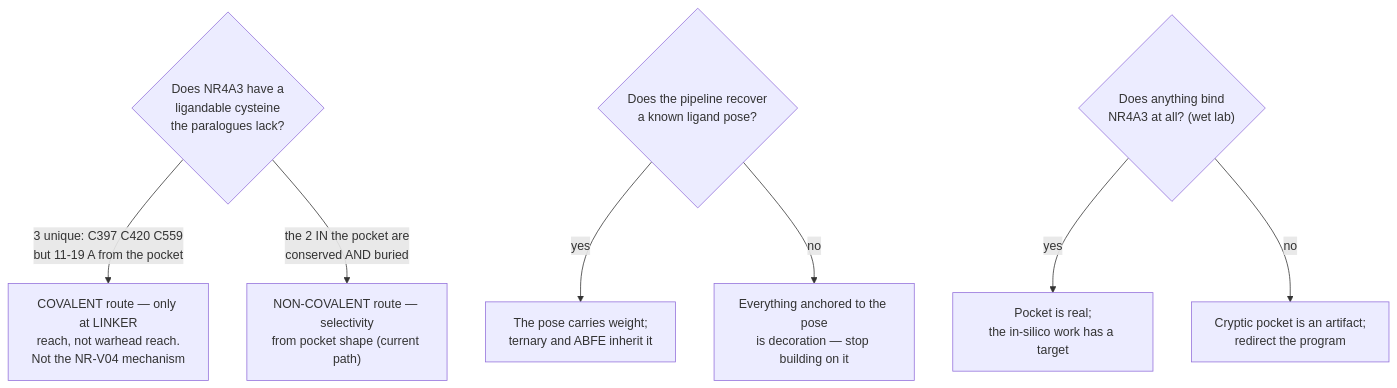
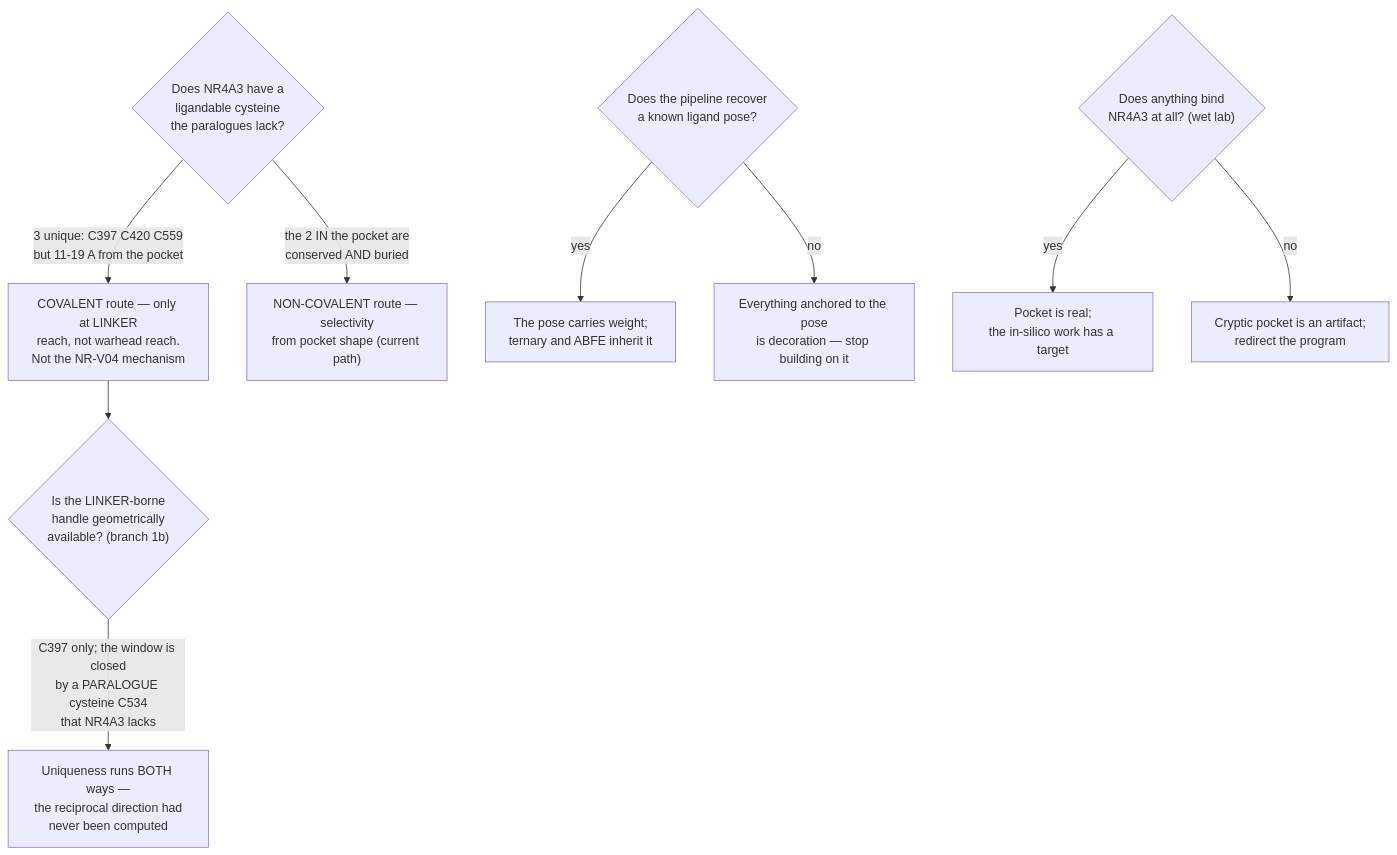
The second of 3 diagrams in research/manuscripts/nr4a3-program-map.md (trimcrae/Rare-cancers), drawn with Mermaid before and after one commit. The commit also changed other lines of this file and 2 other files, not shown here.

First line of the commit message:
Port: linker-covalent reach admissibility filter + program-map branch 1b

````diff
--- a/research/manuscripts/nr4a3-program-map.md
+++ b/research/manuscripts/nr4a3-program-map.md
@@ -96,12 +96,14 @@
 ```mermaid
 graph TD
   Q1{"Does NR4A3 have a<br/>ligandable cysteine<br/>the paralogues lack?"}
   Q1 -->|"3 unique: C397 C420 C559<br/>but 11-19 A from the pocket"| COV["COVALENT route — only at LINKER<br/>reach, not warhead reach.<br/>Not the NR-V04 mechanism"]
+  COV --> Q1B{"Is the LINKER-borne<br/>handle geometrically<br/>available? (branch 1b)"}
+  Q1B -->|"C397 only; the window is closed<br/>by a PARALOGUE cysteine C534<br/>that NR4A3 lacks"| COVX["Uniqueness runs BOTH ways —<br/>the reciprocal direction had<br/>never been computed"]
   Q1 -->|"the 2 IN the pocket are<br/>conserved AND buried"| NONCOV["NON-COVALENT route — selectivity<br/>from pocket shape (current path)"]
   Q2{"Does the pipeline recover<br/>a known ligand pose?"}
   Q2 -->|yes| ANCHOR["The pose carries weight;<br/>ternary and ABFE inherit it"]
   Q2 -->|no| STOP["Everything anchored to the pose<br/>is decoration — stop building on it"]
   Q3{"Does anything bind<br/>NR4A3 at all? (wet lab)"}
   Q3 -->|yes| GO["Pocket is real;<br/>the in-silico work has a target"]
   Q3 -->|no| REDIR["Cryptic pocket is an artifact;<br/>redirect the program"]
 ```
````
